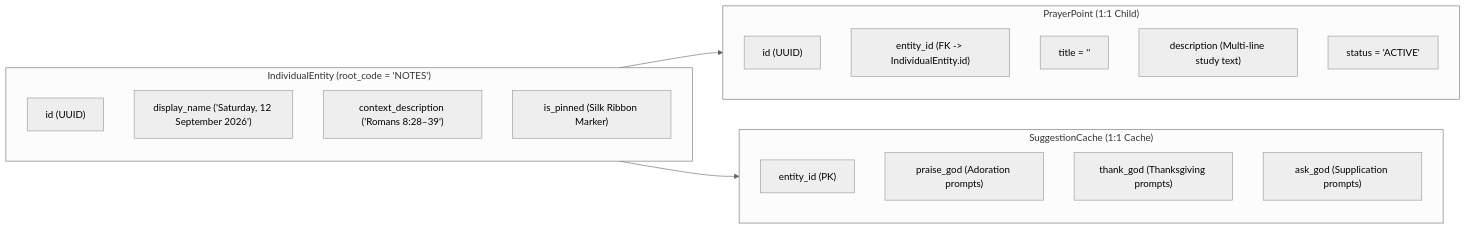
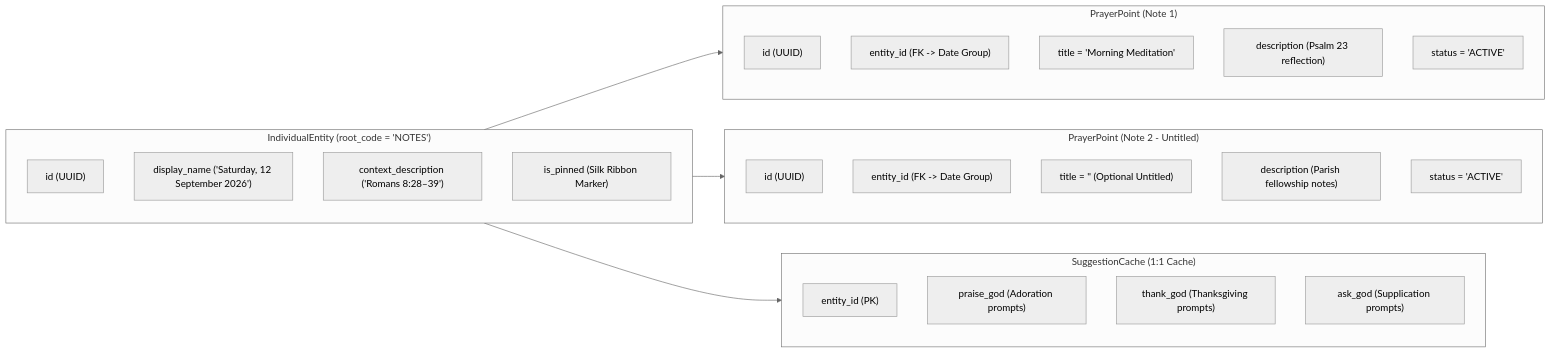
The fourth of 4 diagrams in planning/notes_data_architecture.md (iamenianc/Prayer), drawn with Mermaid (neutral theme) before and after one commit. The commit also changed other lines of this file and 7 other files, not shown here.

Commit message:
feat(notes): establish date as grouping container with multi-note support and optional titles

````diff
--- a/planning/notes_data_architecture.md
+++ b/planning/notes_data_architecture.md
@@ -346,27 +348,36 @@
 ```mermaid
 graph LR
-    subgraph Daily_Note_Entity ["IndividualEntity (root_code = 'NOTES')"]
+    subgraph Date_Grouping_Entity ["IndividualEntity (root_code = 'NOTES')"]
         ID["id (UUID)"]
         DATE["display_name ('Saturday, 12 September 2026')"]
         TOPIC["context_description ('Romans 8:28–39')"]
         PIN["is_pinned (Silk Ribbon Marker)"]
     end
 
-    subgraph Note_Body_Point ["PrayerPoint (1:1 Child)"]
-        PID["id (UUID)"]
-        FK["entity_id (FK -> IndividualEntity.id)"]
-        TITLE["title = ''"]
-        TEXT["description (Multi-line study text)"]
-        STATUS["status = 'ACTIVE'"]
+    subgraph Note_Item_1 ["PrayerPoint (Note 1)"]
+        PID1["id (UUID)"]
+        FK1["entity_id (FK -> Date Group)"]
+        TITLE1["title = 'Morning Meditation'"]
+        TEXT1["description (Psalm 23 reflection)"]
+        STATUS1["status = 'ACTIVE'"]
+    end
+
+    subgraph Note_Item_2 ["PrayerPoint (Note 2 - Untitled)"]
+        PID2["id (UUID)"]
+        FK2["entity_id (FK -> Date Group)"]
+        TITLE2["title = '' (Optional Untitled)"]
+        TEXT2["description (Parish fellowship notes)"]
+        STATUS2["status = 'ACTIVE'"]
     end
 
     subgraph Prompt_Cache ["SuggestionCache (1:1 Cache)"]
         CID["entity_id (PK)"]
         PRAISE["praise_god (Adoration prompts)"]
         THANK["thank_god (Thanksgiving prompts)"]
         ASK["ask_god (Supplication prompts)"]
     end
 
-    Daily_Note_Entity --> Note_Body_Point
-    Daily_Note_Entity --> Prompt_Cache
+    Date_Grouping_Entity --> Note_Item_1
+    Date_Grouping_Entity --> Note_Item_2
+    Date_Grouping_Entity --> Prompt_Cache
 ```
````
